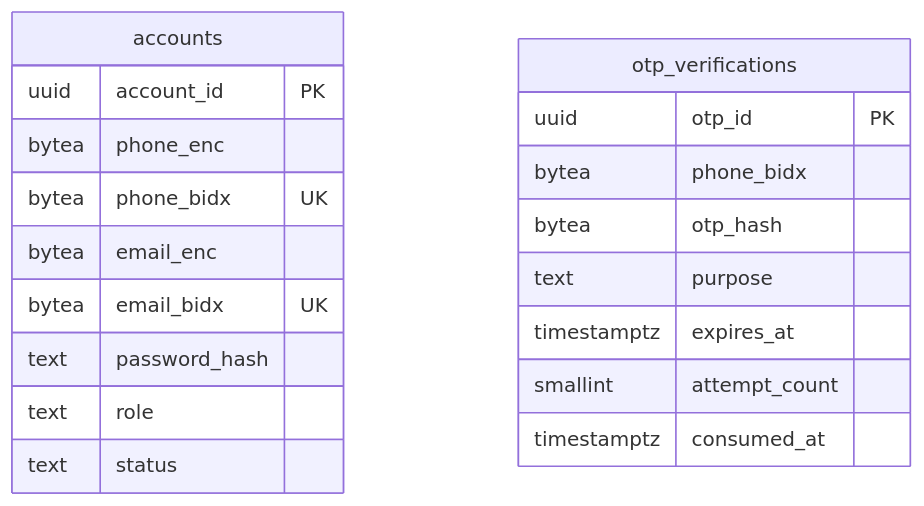
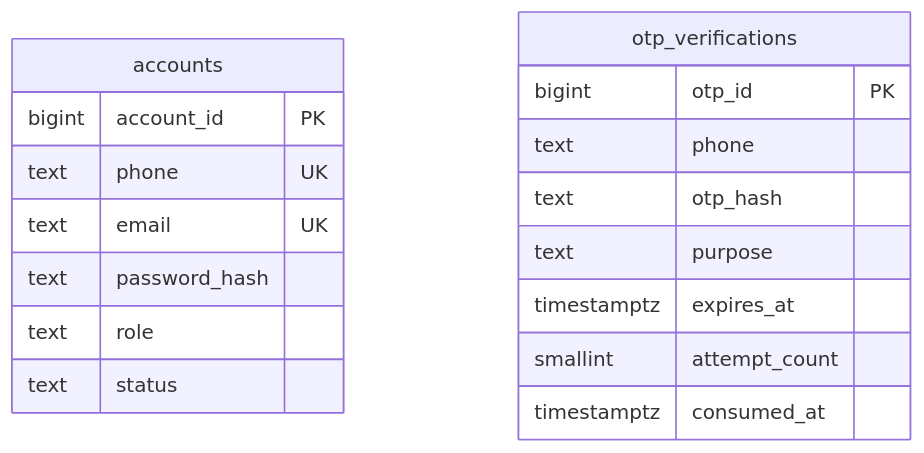
Before and after one commit to nghuuduc21/23699411_NguyenHuuDuc_CabSystem: the first of 8 diagrams in docs/design/03-du-lieu.md, drawn with Mermaid. The commit also changed other lines of this file and 21 other files, not shown here.

````diff
--- a/docs/design/03-du-lieu.md
+++ b/docs/design/03-du-lieu.md
@@ -87,22 +99,20 @@
 ```mermaid
 erDiagram
   accounts {
-    uuid account_id PK
-    bytea phone_enc
-    bytea phone_bidx UK
-    bytea email_enc
-    bytea email_bidx UK
+    bigint account_id PK
+    text phone UK
+    text email UK
     text password_hash
     text role
     text status
   }
   otp_verifications {
-    uuid otp_id PK
-    bytea phone_bidx
-    bytea otp_hash
+    bigint otp_id PK
+    text phone
+    text otp_hash
     text purpose
     timestamptz expires_at
     smallint attempt_count
     timestamptz consumed_at
   }
 ```
````
